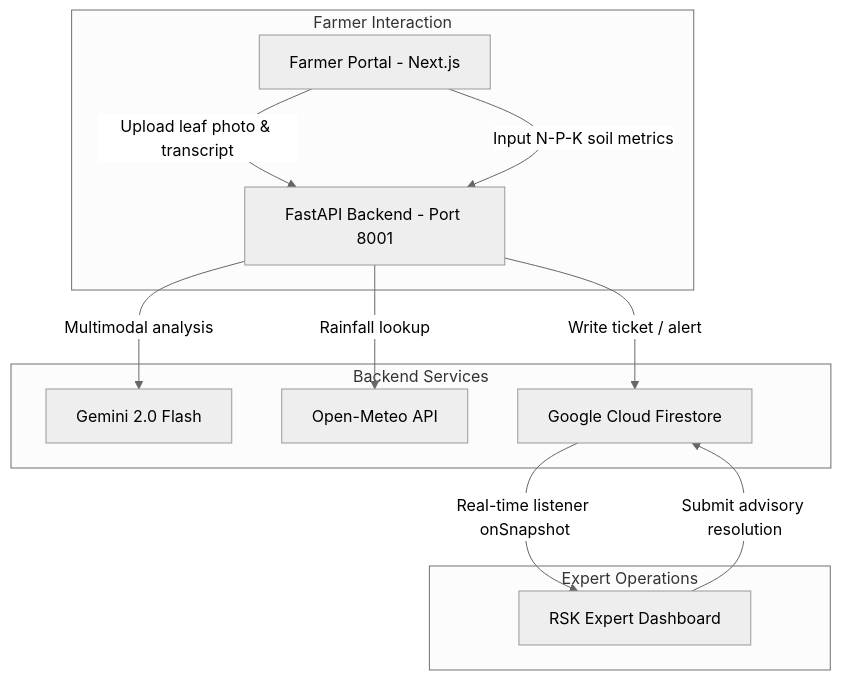
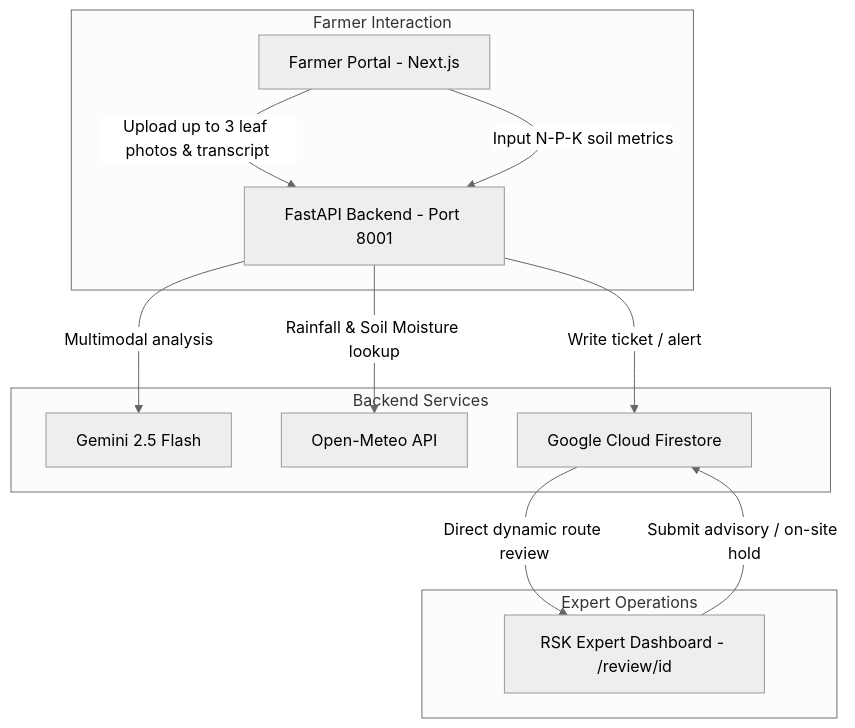
The diagram in README.md (Aryan-Samadder-07/Farm_Fit), drawn with Mermaid (neutral theme) before and after one commit. The commit also changed other lines of this file and 31 other files, not shown here.

````diff
--- a/README.md
+++ b/README.md
@@ -9,19 +9,19 @@
 ```mermaid
 graph TD
     subgraph Farmer Interaction
-        FA[Farmer Portal - Next.js] -->|Upload leaf photo & transcript| FastAPI
+        FA[Farmer Portal - Next.js] -->|Upload up to 3 leaf photos & transcript| FastAPI
         FA -->|Input N-P-K soil metrics| FastAPI
     end
 
     subgraph Backend Services
         FastAPI[FastAPI Backend - Port 8001]
-        FastAPI -->|Multimodal analysis| Gemini[Gemini 2.0 Flash]
-        FastAPI -->|Rainfall lookup| OpenMeteo[Open-Meteo API]
+        FastAPI -->|Multimodal analysis| Gemini[Gemini 2.5 Flash]
+        FastAPI -->|Rainfall & Soil Moisture lookup| OpenMeteo[Open-Meteo API]
         FastAPI -->|Write ticket / alert| Firestore[Google Cloud Firestore]
     end
 
     subgraph Expert Operations
-        Firestore -->|Real-time listener onSnapshot| RSK[RSK Expert Dashboard]
-        RSK -->|Submit advisory resolution| Firestore
+        Firestore -->|Direct dynamic route review| RSK[RSK Expert Dashboard - /review/id]
+        RSK -->|Submit advisory / on-site hold| Firestore
     end
 ```
````
